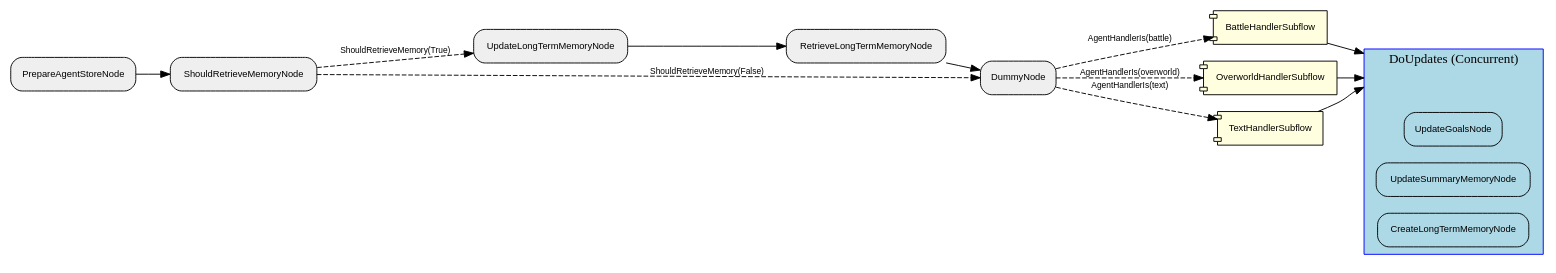
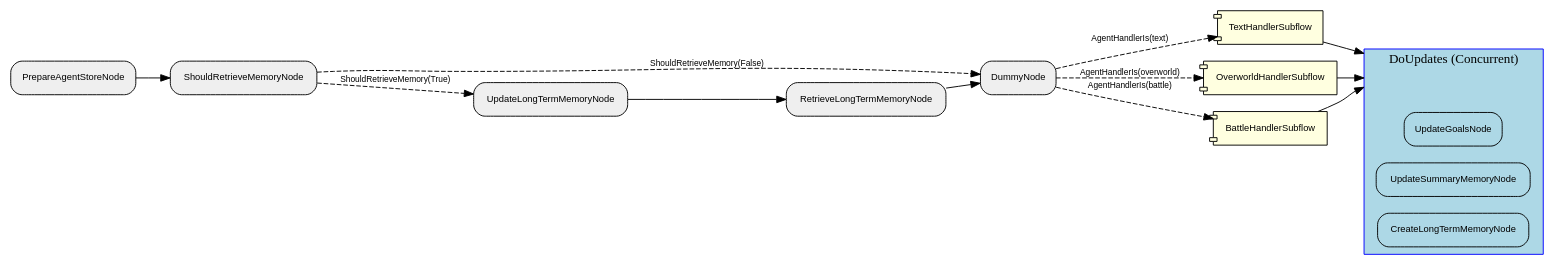
Before and after one commit to clambro/ai-plays-pokemon: the diagram in visualization/agent_graph/Graph.dot, drawn with Graphviz. The commit also changed 13 other files, not shown here.

Commit message:
Graph stuff

```diff
--- a/visualization/agent_graph/Graph.dot
+++ b/visualization/agent_graph/Graph.dot
@@ -1,38 +1,38 @@
 digraph "G" {
   rankdir=LR;
   compound=true;
   node [shape=box, style="rounded,filled", fillcolor="#EFEFEF", fontname="Helvetica", fontsize=10];
   edge [fontname="Helvetica", fontsize=9];
-  subgraph "cluster_QTCMXhWCzYIrMgjHrNOXO" {
+  subgraph "cluster_NjYQFPlf0tvsliNzuU9Z2" {
     label="DoUpdates (Concurrent)";
     style="filled"; fillcolor="lightblue"; color="blue";
     node [fillcolor="lightblue", style="filled,rounded"];
-    "QTCMXhWCzYIrMgjHrNOXO__entry" [label="", shape=point, width=0.01, style=invis];
-    "QTCMXhWCzYIrMgjHrNOXO__exit"  [label="", shape=point, width=0.01, style=invis];
-    oz3xRxIKuLcCmGVBAeNCE [label="UpdateGoalsNode"];
-    gYWqX6GNPJmAO9D9GNNMq [label="UpdateSummaryMemoryNode"];
-    "72Kvbh2FCIpwIISi6uXhs" [label="CreateLongTermMemoryNode"];
+    "NjYQFPlf0tvsliNzuU9Z2__entry" [label="", shape=point, width=0.01, style=invis];
+    "NjYQFPlf0tvsliNzuU9Z2__exit"  [label="", shape=point, width=0.01, style=invis];
+    Y9STXKbEyunuSWGkNjeiO [label="UpdateGoalsNode"];
+    "1DjXT0Clm4NelJIHaSb8r" [label="UpdateSummaryMemoryNode"];
+    "7h9LQCJcVGwnCcQpPzkqe" [label="CreateLongTermMemoryNode"];
   }
-  ZZ5jba4lMseAE48z0azMj [label="BattleHandlerSubflow", shape=component, style="filled,rounded", fillcolor="lightyellow"];
-  v8G6r8VcX8j6r03tcu4Nd [label="UpdateLongTermMemoryNode"];
-  tAg16wO9SemsH1b947PFw [label="PrepareAgentStoreNode"];
-  "72Kvbh2FCIpwIISi6uXhs" [label="CreateLongTermMemoryNode"];
-  ePOfUZ9686hOu8dEt7tit [label="RetrieveLongTermMemoryNode"];
-  gYWqX6GNPJmAO9D9GNNMq [label="UpdateSummaryMemoryNode"];
-  oz3xRxIKuLcCmGVBAeNCE [label="UpdateGoalsNode"];
-  uSeyOP9mlQs1LI5jUODJ5 [label="DummyNode"];
-  gkJuX7z1TVPSPaVZ9wCl2 [label="ShouldRetrieveMemoryNode"];
-  "7bd8LUxLfYsThf9OY8vBD" [label="OverworldHandlerSubflow", shape=component, style="filled,rounded", fillcolor="lightyellow"];
-  HFVkTBDR4MALk7ails13Z [label="TextHandlerSubflow", shape=component, style="filled,rounded", fillcolor="lightyellow"];
-  tAg16wO9SemsH1b947PFw -> gkJuX7z1TVPSPaVZ9wCl2 [style="solid"];
-  gkJuX7z1TVPSPaVZ9wCl2 -> v8G6r8VcX8j6r03tcu4Nd [style="dashed", label="ShouldRetrieveMemory(True)"];
-  v8G6r8VcX8j6r03tcu4Nd -> ePOfUZ9686hOu8dEt7tit [style="solid"];
-  gkJuX7z1TVPSPaVZ9wCl2 -> uSeyOP9mlQs1LI5jUODJ5 [style="dashed", label="ShouldRetrieveMemory(False)"];
-  ePOfUZ9686hOu8dEt7tit -> uSeyOP9mlQs1LI5jUODJ5 [style="solid"];
-  uSeyOP9mlQs1LI5jUODJ5 -> "7bd8LUxLfYsThf9OY8vBD" [style="dashed", label="AgentHandlerIs(overworld)"];
-  uSeyOP9mlQs1LI5jUODJ5 -> ZZ5jba4lMseAE48z0azMj [style="dashed", label="AgentHandlerIs(battle)"];
-  uSeyOP9mlQs1LI5jUODJ5 -> HFVkTBDR4MALk7ails13Z [style="dashed", label="AgentHandlerIs(text)"];
-  HFVkTBDR4MALk7ails13Z -> QTCMXhWCzYIrMgjHrNOXO__entry [lhead="cluster_QTCMXhWCzYIrMgjHrNOXO", style="solid"];
-  ZZ5jba4lMseAE48z0azMj -> QTCMXhWCzYIrMgjHrNOXO__entry [lhead="cluster_QTCMXhWCzYIrMgjHrNOXO", style="solid"];
-  "7bd8LUxLfYsThf9OY8vBD" -> QTCMXhWCzYIrMgjHrNOXO__entry [lhead="cluster_QTCMXhWCzYIrMgjHrNOXO", style="solid"];
+  "1DjXT0Clm4NelJIHaSb8r" [label="UpdateSummaryMemoryNode"];
+  Y9STXKbEyunuSWGkNjeiO [label="UpdateGoalsNode"];
+  "0E1cGjyBddM2MJw19jkIR" [label="DummyNode"];
+  KeSnEjAin0nfP95Bp2xW0 [label="PrepareAgentStoreNode"];
+  "9XyvxeUsc0ZX30lrRZmcK" [label="TextHandlerSubflow", shape=component, style="filled,rounded", fillcolor="lightyellow"];
+  Og7WpIxgdAqCUBPZed9vr [label="OverworldHandlerSubflow", shape=component, style="filled,rounded", fillcolor="lightyellow"];
+  PmFZhEhTC6BFTD1XnvfSz [label="UpdateLongTermMemoryNode"];
+  H3qZniwiURNHNlWHXaovx [label="BattleHandlerSubflow", shape=component, style="filled,rounded", fillcolor="lightyellow"];
+  SxXSoReIeUvPglhVMjxxB [label="ShouldRetrieveMemoryNode"];
+  "7h9LQCJcVGwnCcQpPzkqe" [label="CreateLongTermMemoryNode"];
+  wtzulpJYTxh1i3MszRK4b [label="RetrieveLongTermMemoryNode"];
+  KeSnEjAin0nfP95Bp2xW0 -> SxXSoReIeUvPglhVMjxxB [style="solid"];
+  SxXSoReIeUvPglhVMjxxB -> PmFZhEhTC6BFTD1XnvfSz [style="dashed", label="ShouldRetrieveMemory(True)"];
+  PmFZhEhTC6BFTD1XnvfSz -> wtzulpJYTxh1i3MszRK4b [style="solid"];
+  SxXSoReIeUvPglhVMjxxB -> "0E1cGjyBddM2MJw19jkIR" [style="dashed", label="ShouldRetrieveMemory(False)"];
+  wtzulpJYTxh1i3MszRK4b -> "0E1cGjyBddM2MJw19jkIR" [style="solid"];
+  "0E1cGjyBddM2MJw19jkIR" -> Og7WpIxgdAqCUBPZed9vr [style="dashed", label="AgentHandlerIs(overworld)"];
+  "0E1cGjyBddM2MJw19jkIR" -> H3qZniwiURNHNlWHXaovx [style="dashed", label="AgentHandlerIs(battle)"];
+  "0E1cGjyBddM2MJw19jkIR" -> "9XyvxeUsc0ZX30lrRZmcK" [style="dashed", label="AgentHandlerIs(text)"];
+  "9XyvxeUsc0ZX30lrRZmcK" -> NjYQFPlf0tvsliNzuU9Z2__entry [lhead="cluster_NjYQFPlf0tvsliNzuU9Z2", style="solid"];
+  H3qZniwiURNHNlWHXaovx -> NjYQFPlf0tvsliNzuU9Z2__entry [lhead="cluster_NjYQFPlf0tvsliNzuU9Z2", style="solid"];
+  Og7WpIxgdAqCUBPZed9vr -> NjYQFPlf0tvsliNzuU9Z2__entry [lhead="cluster_NjYQFPlf0tvsliNzuU9Z2", style="solid"];
 }
```
